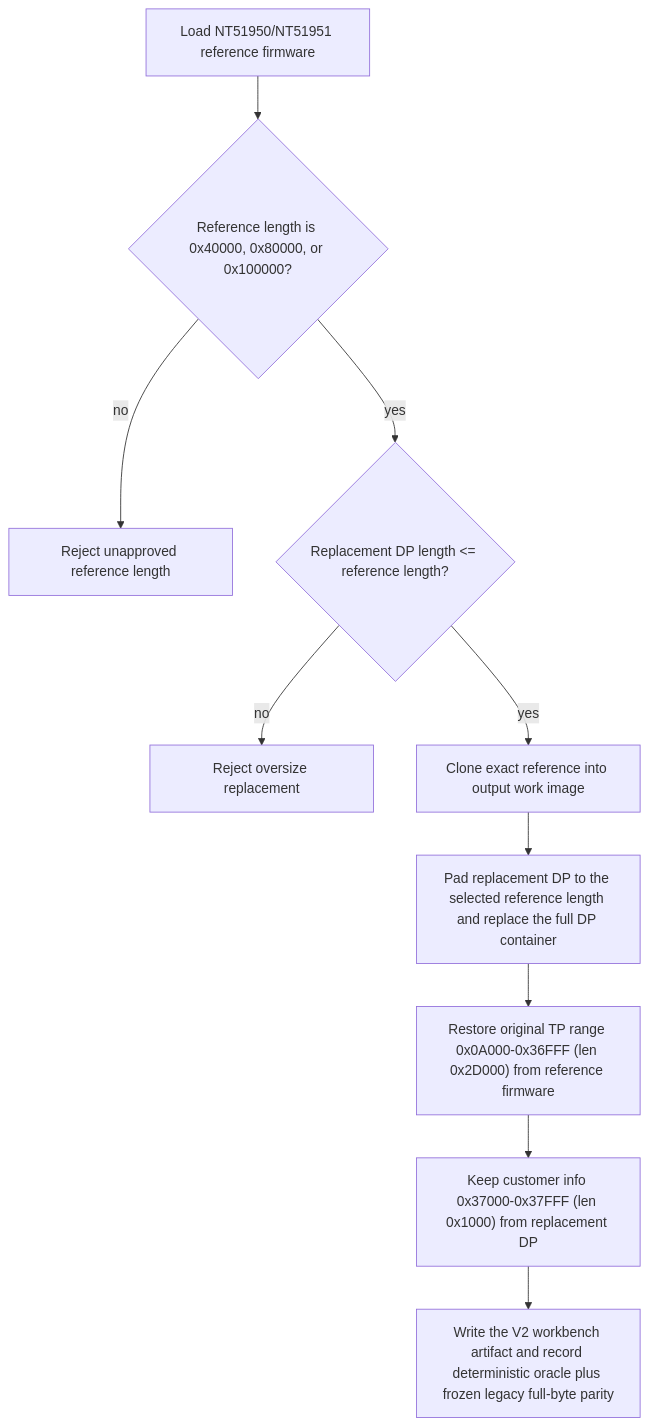
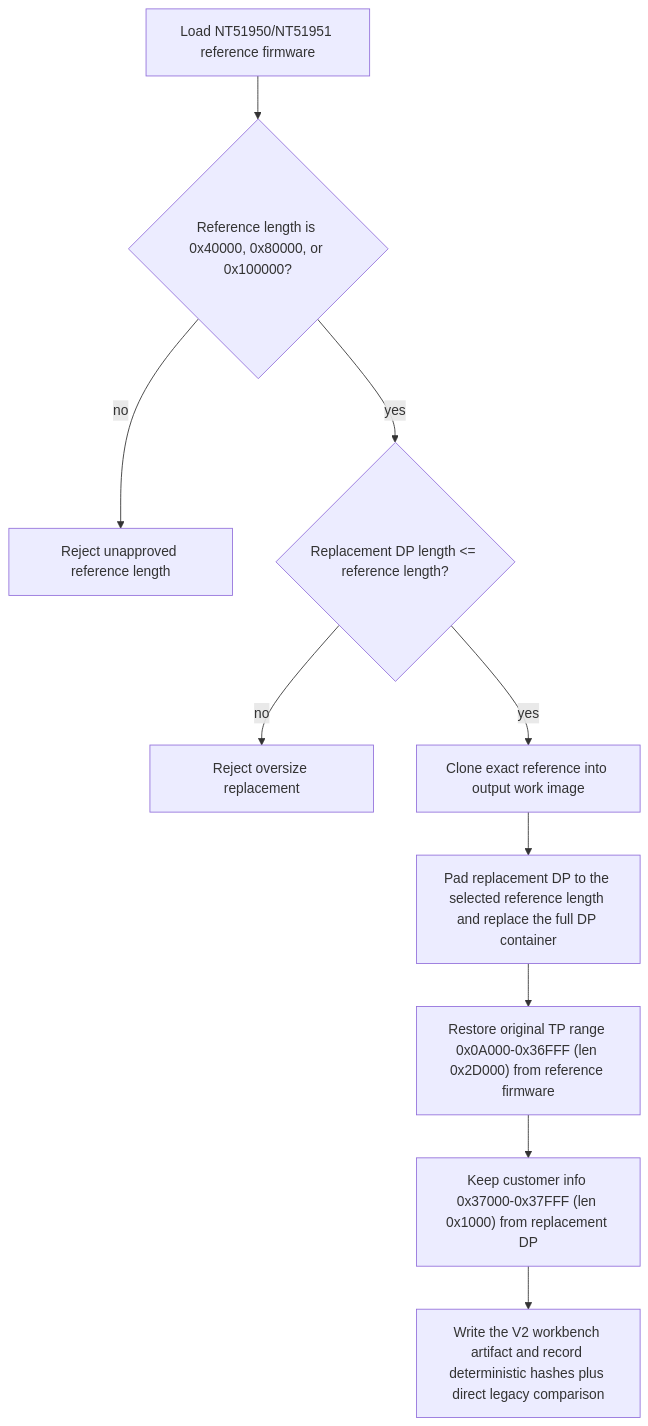
The sixth of 12 diagrams in docs/architecture/ic-workflow-flowcharts.md (Dennis40816/nvt_fw_combiner), drawn with Mermaid before and after one commit. The commit also changed other lines of this file and 19 other files, not shown here.

````diff
--- a/docs/architecture/ic-workflow-flowcharts.md
+++ b/docs/architecture/ic-workflow-flowcharts.md
@@ -154,12 +154,12 @@
 ```mermaid
 flowchart TD
     A["Load NT51950/NT51951 reference firmware"] --> B{"Reference length is 0x40000, 0x80000, or 0x100000?"}
     B -- "no" --> C["Reject unapproved reference length"]
     B -- "yes" --> D{"Replacement DP length <= reference length?"}
     D -- "no" --> E["Reject oversize replacement"]
     D -- "yes" --> F["Clone exact reference into output work image"]
     F --> G["Pad replacement DP to the selected reference length and replace the full DP container"]
     G --> H["Restore original TP range 0x0A000-0x36FFF (len 0x2D000) from reference firmware"]
     H --> I["Keep customer info 0x37000-0x37FFF (len 0x1000) from replacement DP"]
-    I --> J["Write the V2 workbench artifact and record deterministic oracle plus frozen legacy full-byte parity"]
+    I --> J["Write the V2 workbench artifact and record deterministic hashes plus direct legacy comparison"]
 ```
````
